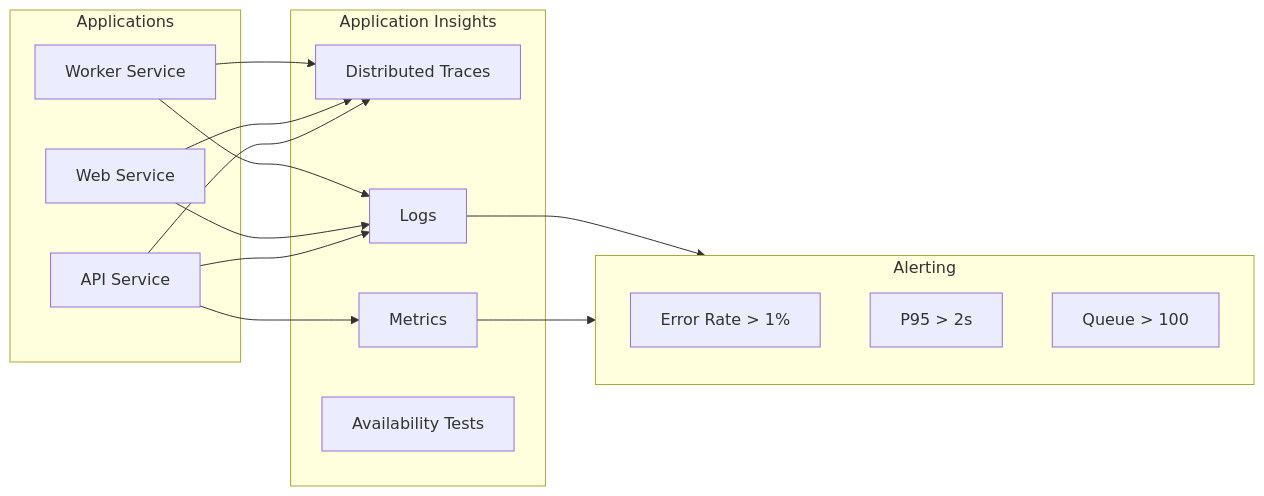
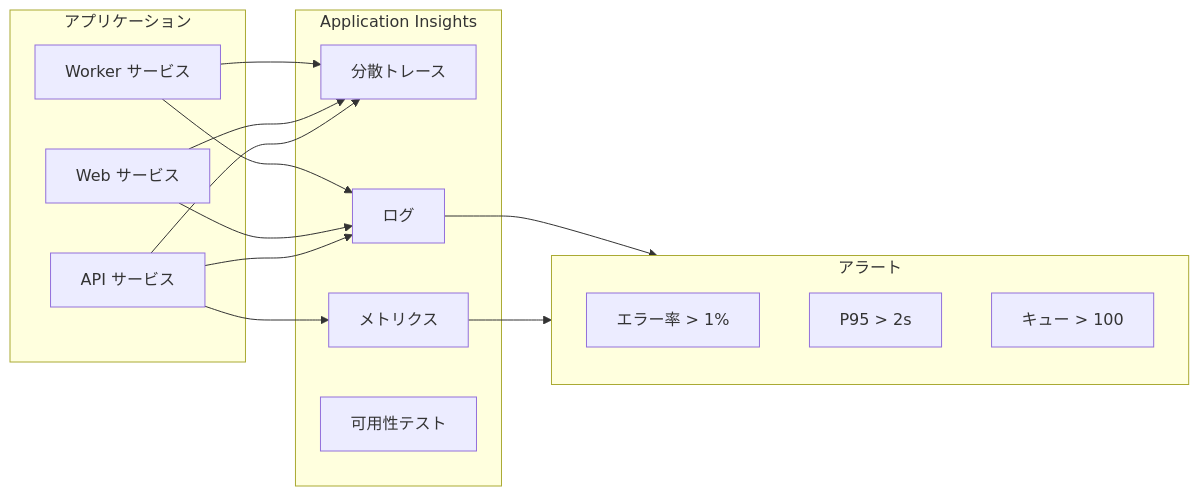
One commit to hampen2929/zloth changed diagram 11 of 16 in docs/azure_host_design.md. Above: the diagram before and after it, drawn with Mermaid. The commit also changed other lines of this file, not shown here.

````diff
--- a/docs/azure_host_design.md
+++ b/docs/azure_host_design.md
@@ -465,32 +799,32 @@
 ```mermaid
 flowchart LR
-    subgraph Apps["Applications"]
-        API[API Service]
-        Web[Web Service]
-        Worker[Worker Service]
+    subgraph Apps["アプリケーション"]
+        API[API サービス]
+        Web[Web サービス]
+        Worker[Worker サービス]
     end
 
     subgraph AppInsights["Application Insights"]
-        Traces[Distributed Traces]
-        Metrics[Metrics]
-        Logs[Logs]
-        Availability[Availability Tests]
+        Traces[分散トレース]
+        Metrics[メトリクス]
+        Logs[ログ]
+        Availability[可用性テスト]
     end
 
-    subgraph Alerts["Alerting"]
-        ErrorRate[Error Rate > 1%]
+    subgraph Alerts["アラート"]
+        ErrorRate[エラー率 > 1%]
         Latency[P95 > 2s]
-        QueueDepth[Queue > 100]
+        QueueDepth[キュー > 100]
     end
 
     API --> Traces
     API --> Metrics
     API --> Logs
     Web --> Traces
     Web --> Logs
     Worker --> Traces
     Worker --> Logs
 
     Metrics --> Alerts
     Logs --> Alerts
 ```
````
